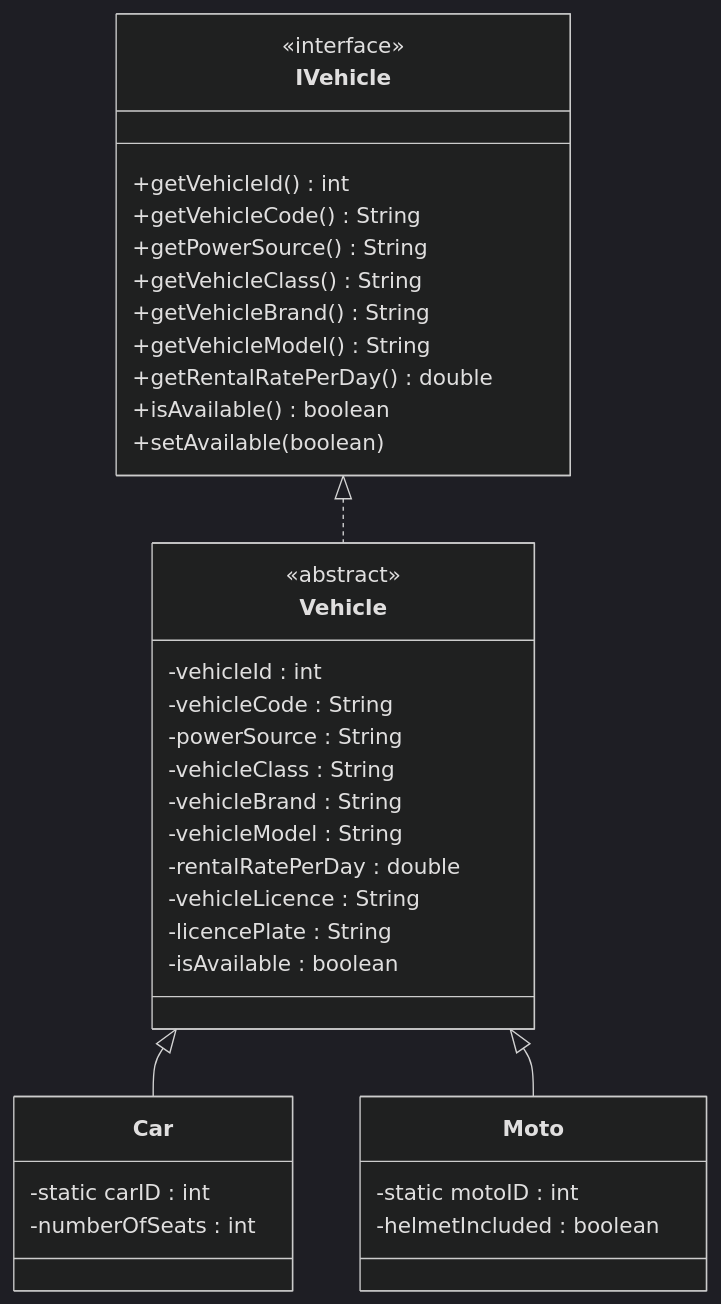
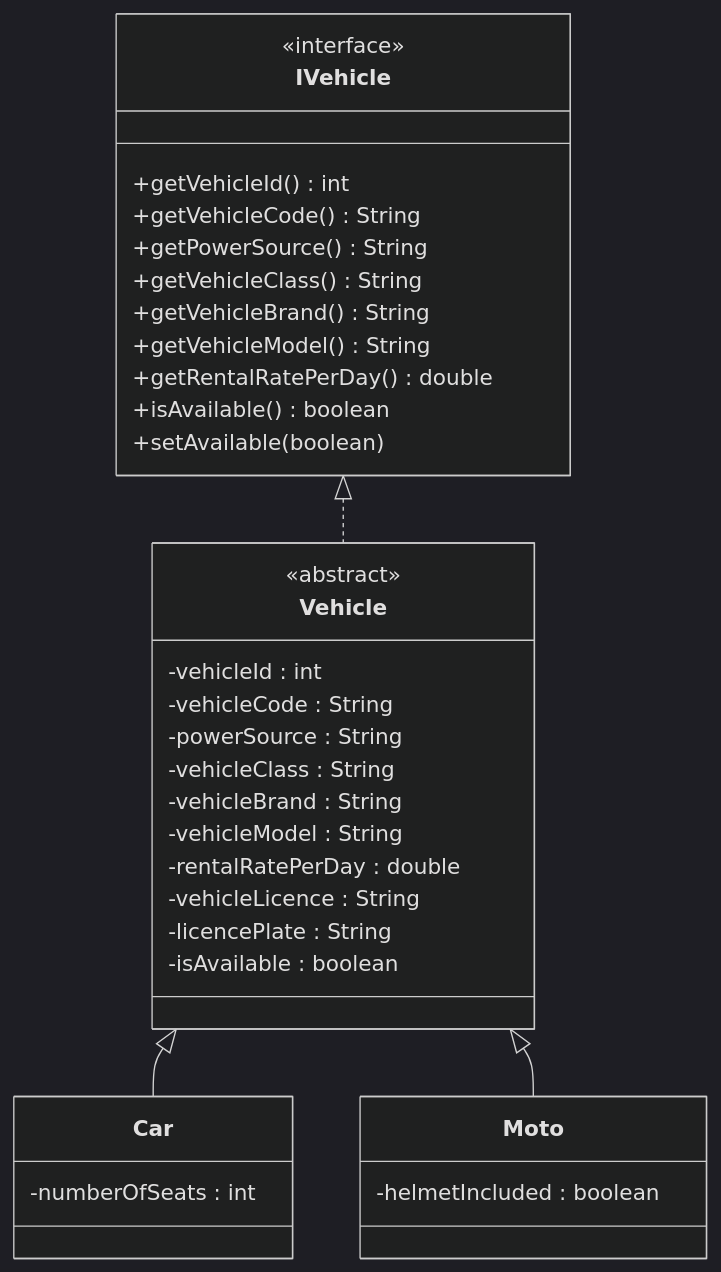
Before and after one commit to Ryuo-chhi/Vehicle-Rental-Management-System-Main-: the first of 2 diagrams in docs/project/project_summary.md, drawn with Mermaid (dark theme). The commit also changed other lines of this file and 5 other files, not shown here.

````diff
--- a/docs/project/project_summary.md
+++ b/docs/project/project_summary.md
@@ -42,43 +82,41 @@
 ```mermaid
 classDiagram
     class IVehicle {
         <<interface>>
         +getVehicleId() int
         +getVehicleCode() String
         +getPowerSource() String
         +getVehicleClass() String
         +getVehicleBrand() String
         +getVehicleModel() String
         +getRentalRatePerDay() double
         +isAvailable() boolean
         +setAvailable(boolean)
     }
 
     class Vehicle {
         <<abstract>>
         -vehicleId : int
         -vehicleCode : String
         -powerSource : String
         -vehicleClass : String
         -vehicleBrand : String
         -vehicleModel : String
         -rentalRatePerDay : double
         -vehicleLicence : String
         -licencePlate : String
         -isAvailable : boolean
     }
 
     class Car {
-        -static carID : int
         -numberOfSeats : int
     }
 
     class Moto {
-        -static motoID : int
         -helmetIncluded : boolean
     }
 
     IVehicle <|.. Vehicle
     Vehicle <|-- Car
     Vehicle <|-- Moto
 ```
````
